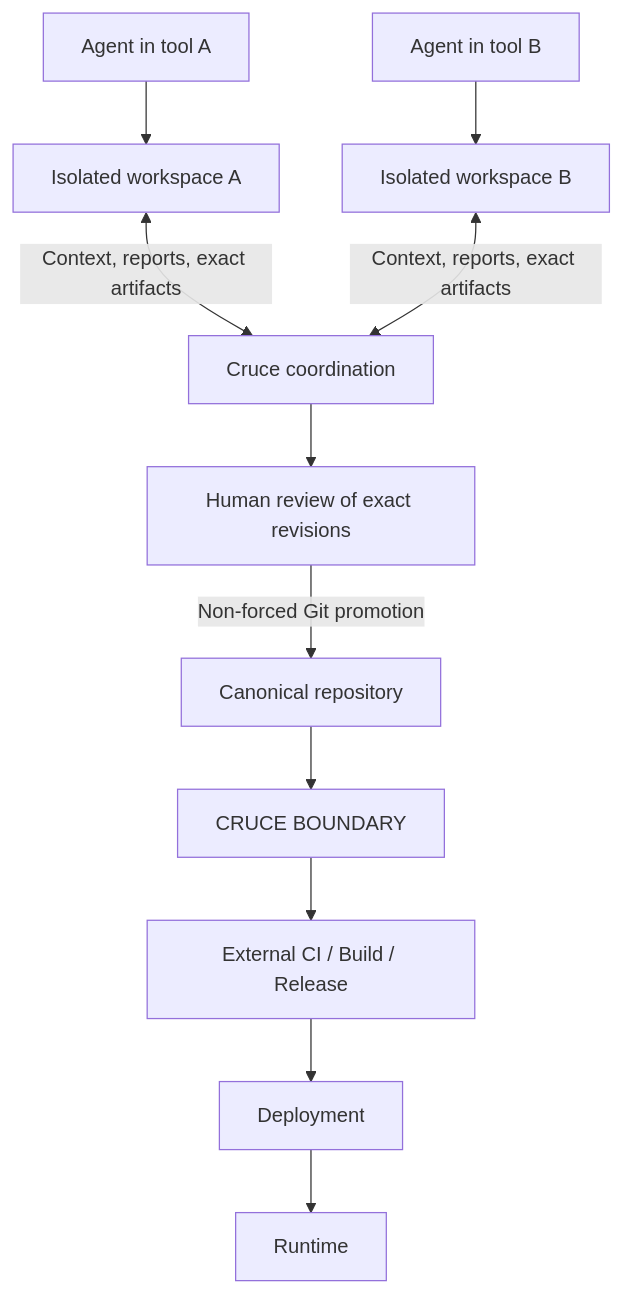
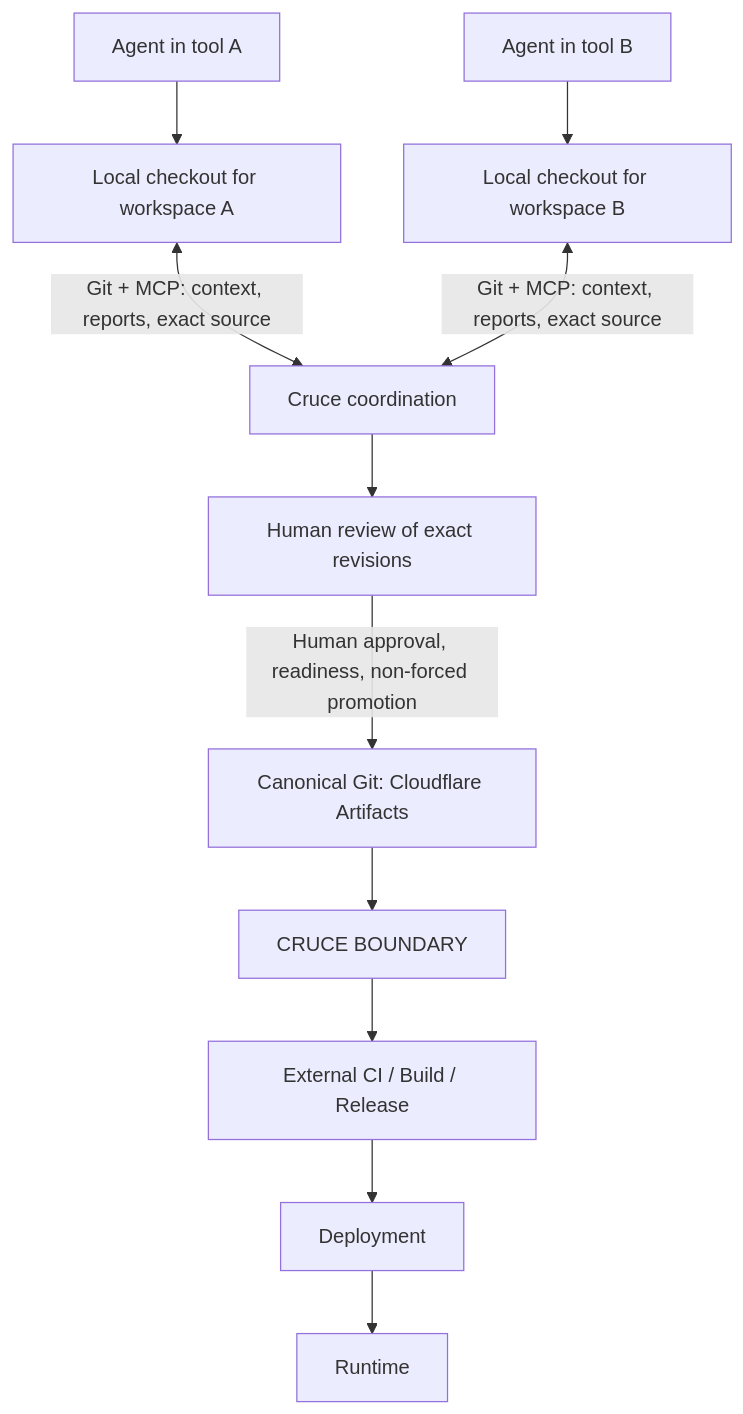
The diagram in README.md (acltabontabon/cruce), drawn with Mermaid before and after one commit. The commit also changed other lines of this file and 12 other files, not shown here.

````diff
--- a/README.md
+++ b/README.md
@@ -9,13 +9,13 @@
 ```mermaid
 flowchart TB
-    A[Agent in tool A] --> WA[Isolated workspace A]
-    B[Agent in tool B] --> WB[Isolated workspace B]
-    WA <-->|Context, reports, exact artifacts| C[Cruce coordination]
-    WB <-->|Context, reports, exact artifacts| C
+    A[Agent in tool A] --> WA[Local checkout for workspace A]
+    B[Agent in tool B] --> WB[Local checkout for workspace B]
+    WA <-->|Git + MCP: context, reports, exact source| C[Cruce coordination]
+    WB <-->|Git + MCP: context, reports, exact source| C
     C --> R[Human review of exact revisions]
-    R -->|Non-forced Git promotion| G[Canonical repository]
+    R -->|Human approval, readiness, non-forced promotion| G[Canonical Git: Cloudflare Artifacts]
     G --> X[CRUCE BOUNDARY]
     X --> CI[External CI / Build / Release]
     CI --> D[Deployment]
     D --> RT[Runtime]
 ```
````
